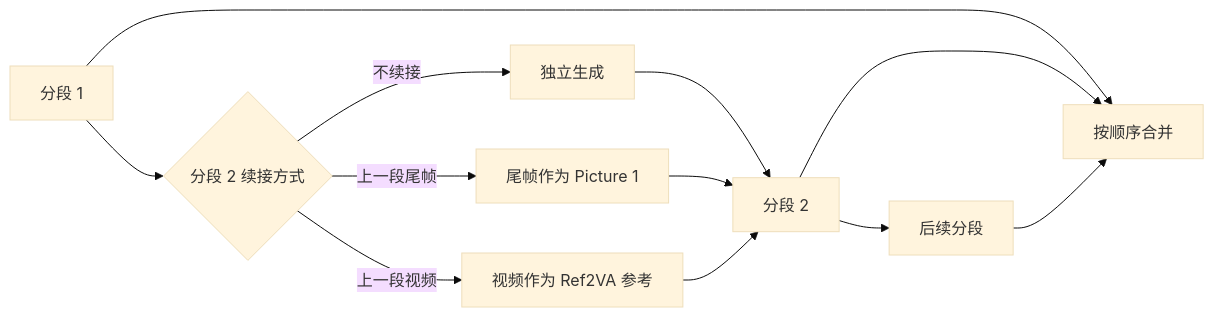
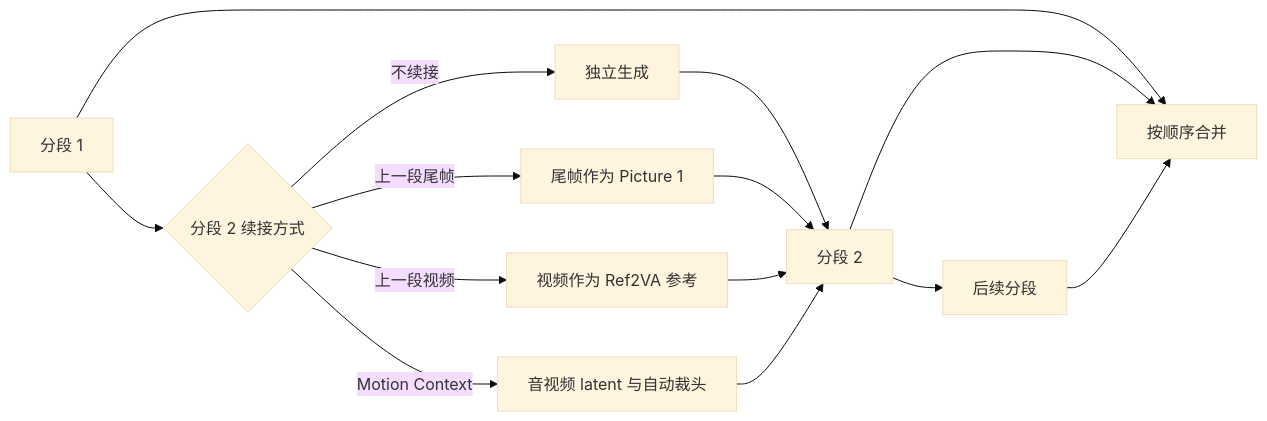
One commit to siyuan-liu31/h3-studio changed the second of 2 diagrams in README.zh-CN.md. Above: the diagram before and after it, drawn with Mermaid (base theme). The commit also changed other lines of this file and 35 other files, not shown here.

Commit message:
feat(video): add Motion Context composition

````diff
--- a/README.zh-CN.md
+++ b/README.zh-CN.md
@@ -111,14 +111,16 @@
 ```mermaid
 flowchart LR
   S1[分段 1] --> C{分段 2 续接方式}
   C -->|不续接| N[独立生成]
   C -->|上一段尾帧| F[尾帧作为 Picture 1]
   C -->|上一段视频| V[视频作为 Ref2VA 参考]
+  C -->|Motion Context| L[音视频 latent 与自动裁头]
   N --> S2[分段 2]
   F --> S2
   V --> S2
+  L --> S2
   S2 --> S3[后续分段]
   S1 --> Merge[按顺序合并]
   S2 --> Merge
   S3 --> Merge
 ```
````
